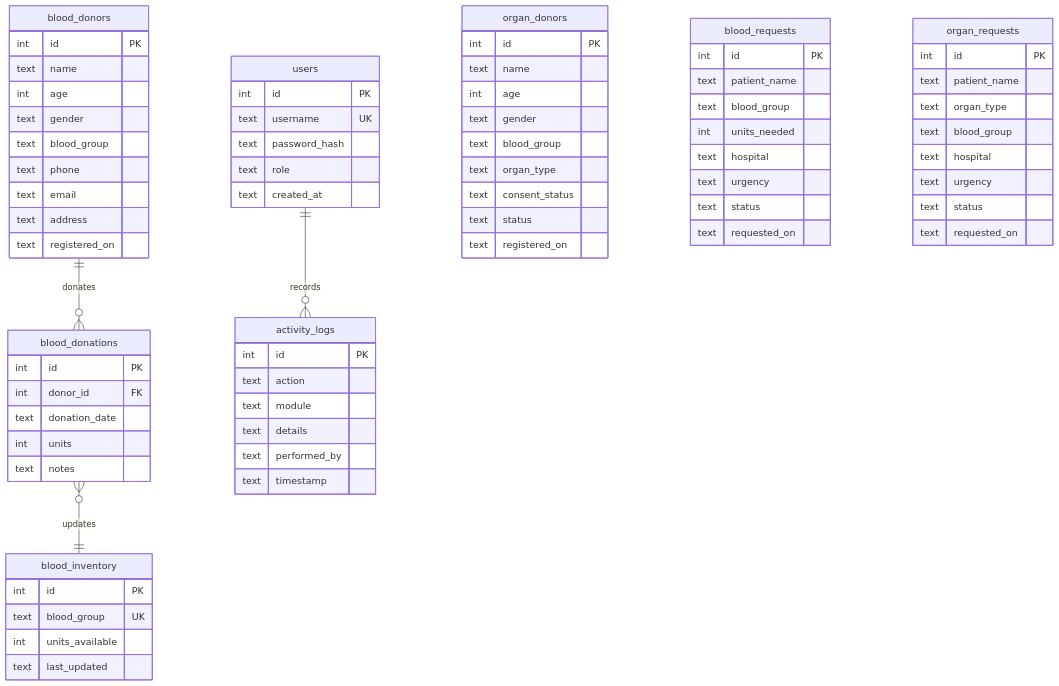
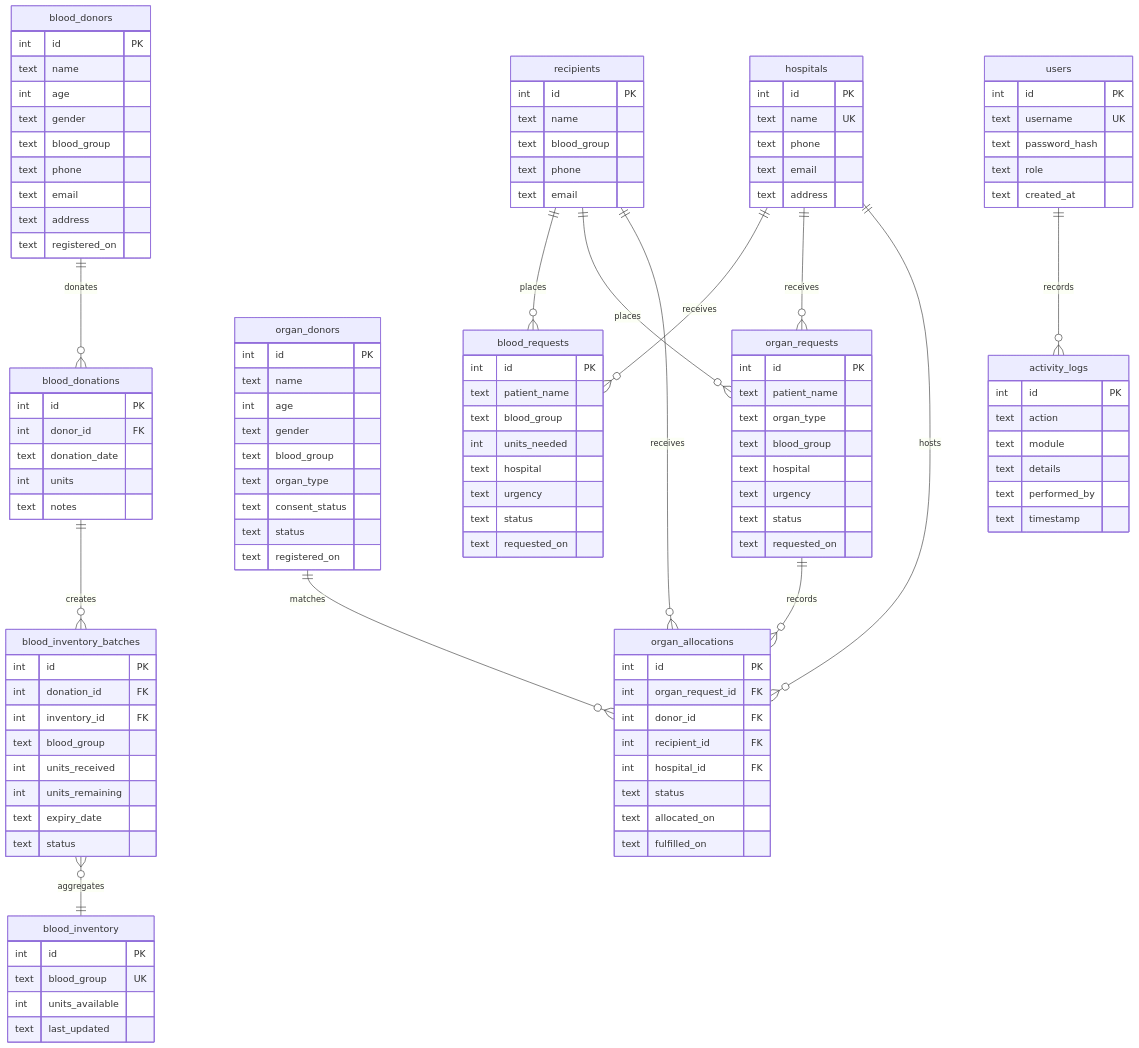
One commit to Harsh-tech81/Blood-Bank-Organ-Donor-Management changed the second of 2 diagrams in README.md. Above: the diagram before and after it, drawn with Mermaid. The commit also changed other lines of this file and 10 other files, not shown here.

Commit message:
feat: enhance database schema with normalized recipient and hospital records, implement batch tracking for blood donations, and establish organ allocation history

````diff
--- a/README.md
+++ b/README.md
@@ -152,6 +161,22 @@
         text password_hash
         text role
         text created_at
+    }
+
+    recipients {
+        int id PK
+        text name
+        text blood_group
+        text phone
+        text email
+    }
+
+    hospitals {
+        int id PK
+        text name UK
+        text phone
+        text email
+        text address
     }
 
     blood_donors {
@@ -179,6 +204,17 @@
         text blood_group UK
         int units_available
         text last_updated
+    }
+
+    blood_inventory_batches {
+        int id PK
+        int donation_id FK
+        int inventory_id FK
+        text blood_group
+        int units_received
+        int units_remaining
+        text expiry_date
+        text status
     }
 
     organ_donors {
@@ -215,6 +251,17 @@
         text requested_on
     }
 
+    organ_allocations {
+        int id PK
+        int organ_request_id FK
+        int donor_id FK
+        int recipient_id FK
+        int hospital_id FK
+        text status
+        text allocated_on
+        text fulfilled_on
+    }
+
     activity_logs {
         int id PK
         text action
@@ -225,6 +272,15 @@
     }
 
     blood_donors ||--o{ blood_donations : "donates"
-    blood_donations }o--|| blood_inventory : "updates"
+    blood_donations ||--o{ blood_inventory_batches : "creates"
+    blood_inventory_batches }o--|| blood_inventory : "aggregates"
+    recipients ||--o{ blood_requests : "places"
+    recipients ||--o{ organ_requests : "places"
+    hospitals ||--o{ blood_requests : "receives"
+    hospitals ||--o{ organ_requests : "receives"
+    organ_requests ||--o{ organ_allocations : "records"
+    organ_donors ||--o{ organ_allocations : "matches"
+    recipients ||--o{ organ_allocations : "receives"
+    hospitals ||--o{ organ_allocations : "hosts"
     users ||--o{ activity_logs : "records"
 ```
````
